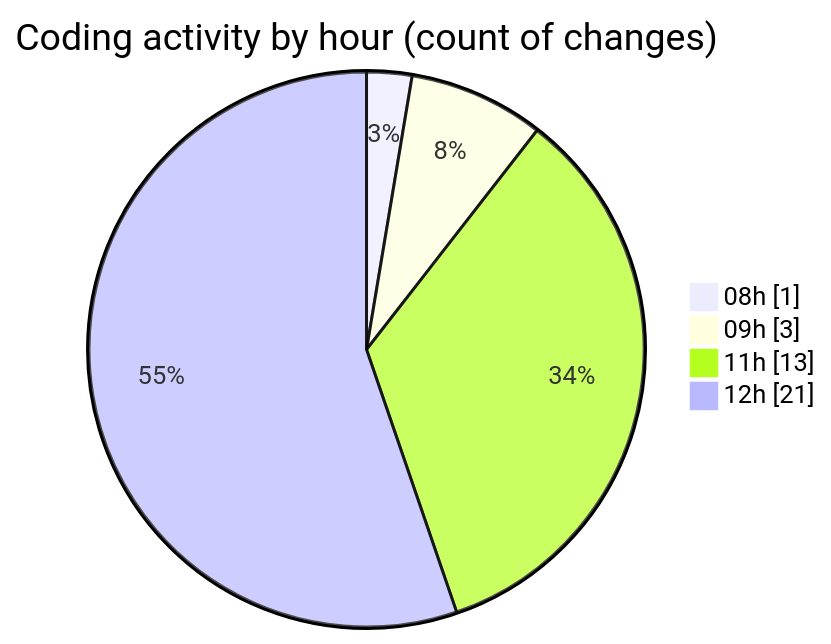
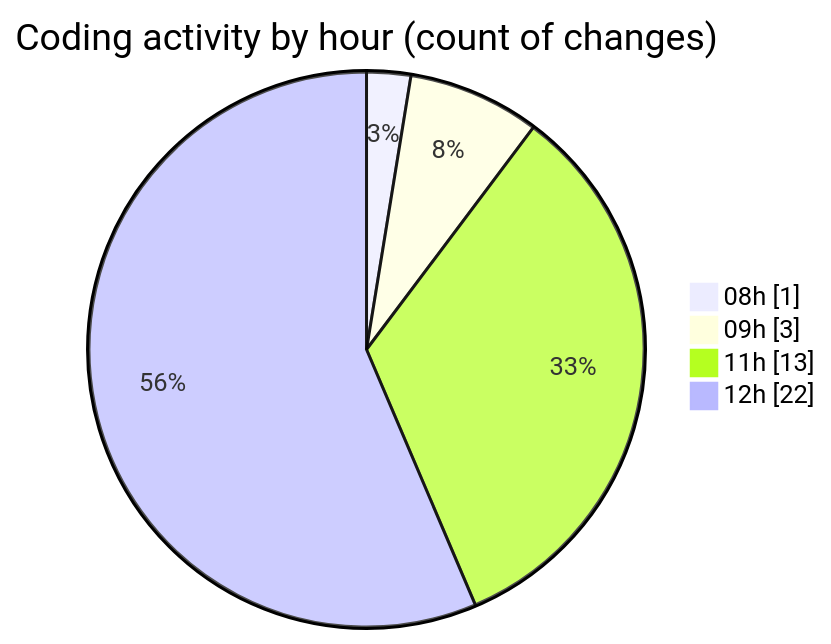
Before and after one commit to momahboobian/code-tracking: the second of 2 diagrams in 2025-11-04/cda/README.md, drawn with Mermaid. The commit also changed other lines of this file and 1 other file, not shown here.

````diff
--- a/2025-11-04/cda/README.md
+++ b/2025-11-04/cda/README.md
@@ -37,8 +39,8 @@
 ```mermaid
 pie showData
 title Coding activity by hour (count of changes)
 "08h" : 1
 "09h" : 3
 "11h" : 13
-"12h" : 21
+"12h" : 22
 ```
````
